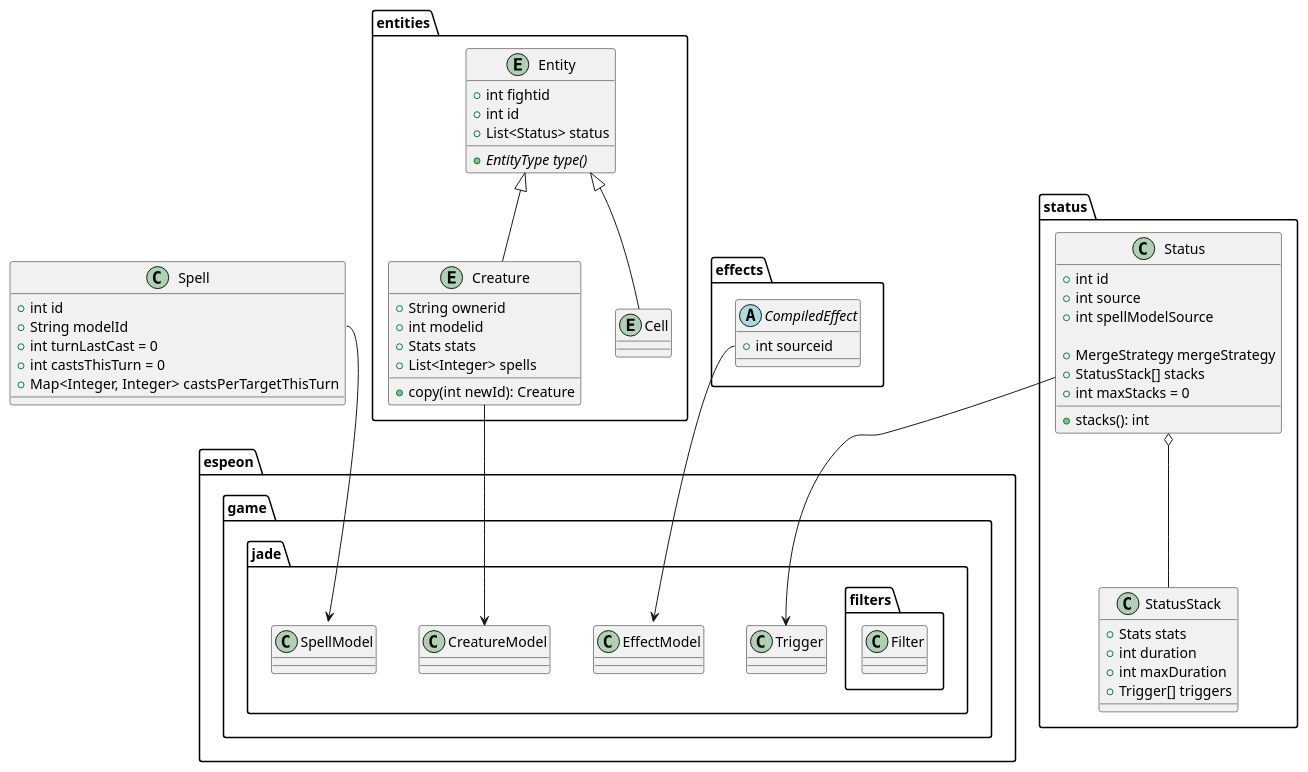
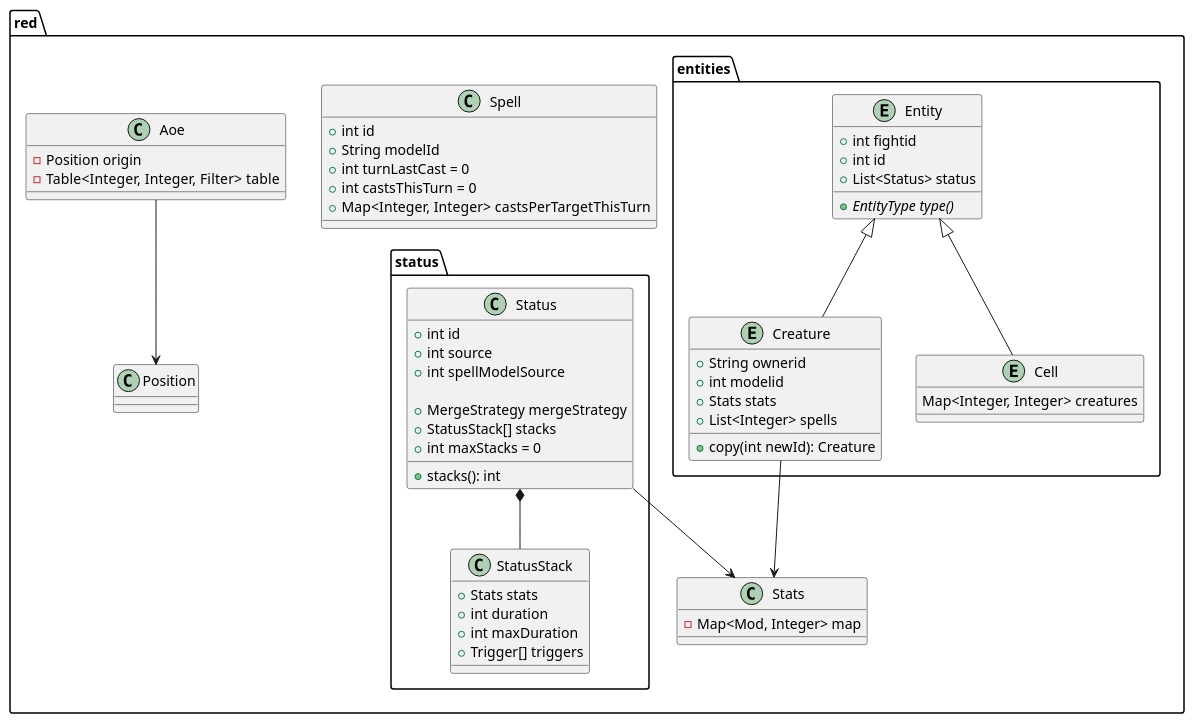
The diagram in doc/mdd.espeon/red/entities.puml (Souchy/Celebi), drawn with PlantUML before and after one commit. The commit also changed 6 other files, not shown here.

```diff
--- a/doc/mdd.espeon/red/entities.puml
+++ b/doc/mdd.espeon/red/entities.puml
@@ -1,110 +1,126 @@
 @startuml red
 
 skinparam groupInheritance 3
 ' page 2x2
 ' skinparam pageMargin 10
 ' skinparam pageExternalColor gray
 ' skinparam pageBorderColor black
 
-package espeon.game.jade {
-	class EffectModel {}
-	class CreatureModel {}
-	class SpellModel {}
-	class Trigger {}
+' package jade {
+' 	class EffectModel {}
+' 	class CreatureModel {}
+' 	class SpellModel {}
+' 	class Trigger {}
 
-	package filters {
-		class Filter {}
+' 	package filters {
+' 		interface Filter {}
+' 	}
+' }
+
+' Status --> Trigger
+' Creature --> CreatureModel
+' Spell::modelId --> SpellModel::id
+' CompiledEffect::sourceid --> EffectModel::id
+' Aoe --> Filter
+
+package red {
+		
+	package entities {
+		entity Entity {
+			+int fightid
+			+int id
+			+List<Status> status
+			+{abstract} EntityType type()
+		}
+		entity Creature {
+			+String ownerid
+			+int modelid
+			+Stats stats
+			+List<Integer> spells
+			+copy(int newId): Creature
+		}
+		entity Cell {
+			Map<Integer, Integer> creatures
+		}
+		Entity <|-- Creature
+		Entity <|-- Cell
 	}
+
+	class Stats {
+		-Map<Mod, Integer> map
+	}
+	Creature --> Stats
+
+
+	package status {
+		class Status {
+			+int id
+			+int source
+			+int spellModelSource
+
+			+MergeStrategy mergeStrategy
+			+StatusStack[] stacks
+			+int maxStacks = 0
+
+			+stacks(): int
+		}
+
+		class StatusStack {
+			+Stats stats
+			+int duration
+			+int maxDuration
+			+Trigger[] triggers
+		}
+		Status *-- StatusStack
+	}
+	Status --> Stats
+
+
+	' package effects {
+	' 	abstract CompiledEffect {
+	' 		+int sourceid
+	' 	}
+	' 	struct CompiledDamage {
+	' 		+int creatureid
+	' 		+int damage
+	' 	}
+	' 	struct CompiledMove {
+	' 		+int creatureid
+	' 		+int cellid
+	' 	}
+	' 	struct CompiledStatusEffect {
+	' 		+int entityid
+	' 		+int statusid
+	' 	}
+	' 	struct CompiledSummon {
+	' 		+int creatureid
+	' 		+int cellid
+	' 	}
+	' 	struct CompiledRebase {
+	' 	}
+	' 	' CompiledEffect <|-- CompiledDamage
+	' 	' CompiledEffect <|-- CompiledMove
+	' 	' CompiledEffect <|-- CompiledStatusEffect
+	' 	' CompiledEffect <|-- CompiledSummon
+	' 	' CompiledEffect <|-- CompiledRebase
+	' }
+
+	class Spell {
+		+int id
+		+String modelId
+		+int turnLastCast = 0
+		+int castsThisTurn = 0
+		+Map<Integer, Integer> castsPerTargetThisTurn
+	}
+
+	class Position {
+
+	}
+	class Aoe {
+		-Position origin
+		-Table<Integer, Integer, Filter> table
+	}
+	Aoe --> Position
 }
 
-package entities {
-	entity Entity {
-		+int fightid
-		+int id
-		+List<Status> status
-		+{abstract} EntityType type()
-	}
-	entity Creature {
-		+String ownerid
-		+int modelid
-		+Stats stats
-		+List<Integer> spells
-		+copy(int newId): Creature
-	}
-	entity Cell {
-	}
-	Entity <|-- Creature
-	Entity <|-- Cell
-}
-
-
-
-
-package status {
-	class Status {
-		+int id
-		+int source
-		+int spellModelSource
-
-		+MergeStrategy mergeStrategy
-		+StatusStack[] stacks
-		+int maxStacks = 0
-
-		+stacks(): int
-	}
-
-	class StatusStack {
-		+Stats stats
-		+int duration
-		+int maxDuration
-		+Trigger[] triggers
-	}
-	Status o-- StatusStack
-}
-
-
-package effects {
-	abstract CompiledEffect {
-		+int sourceid
-	}
-	' struct CompiledDamage {
-	' 	+int creatureid
-	' 	+int damage
-	' }
-	' struct CompiledMove {
-	' 	+int creatureid
-	' 	+int cellid
-	' }
-	' struct CompiledStatusEffect {
-	' 	+int entityid
-	' 	+int statusid
-	' }
-	' struct CompiledSummon {
-	' 	+int creatureid
-	' 	+int cellid
-	' }
-	' struct CompiledRebase {
-	' }
-	' CompiledEffect <|-- CompiledDamage
-	' CompiledEffect <|-- CompiledMove
-	' CompiledEffect <|-- CompiledStatusEffect
-	' CompiledEffect <|-- CompiledSummon
-	' CompiledEffect <|-- CompiledRebase
-}
-
-class Spell {
-	+int id
-	+String modelId
-	+int turnLastCast = 0
-	+int castsThisTurn = 0
-	+Map<Integer, Integer> castsPerTargetThisTurn
-}
-
-
-Status --> Trigger
-Creature --> CreatureModel
-Spell::modelId --> SpellModel::id
-CompiledEffect::sourceid --> EffectModel::id
-
-
 @enduml
```
